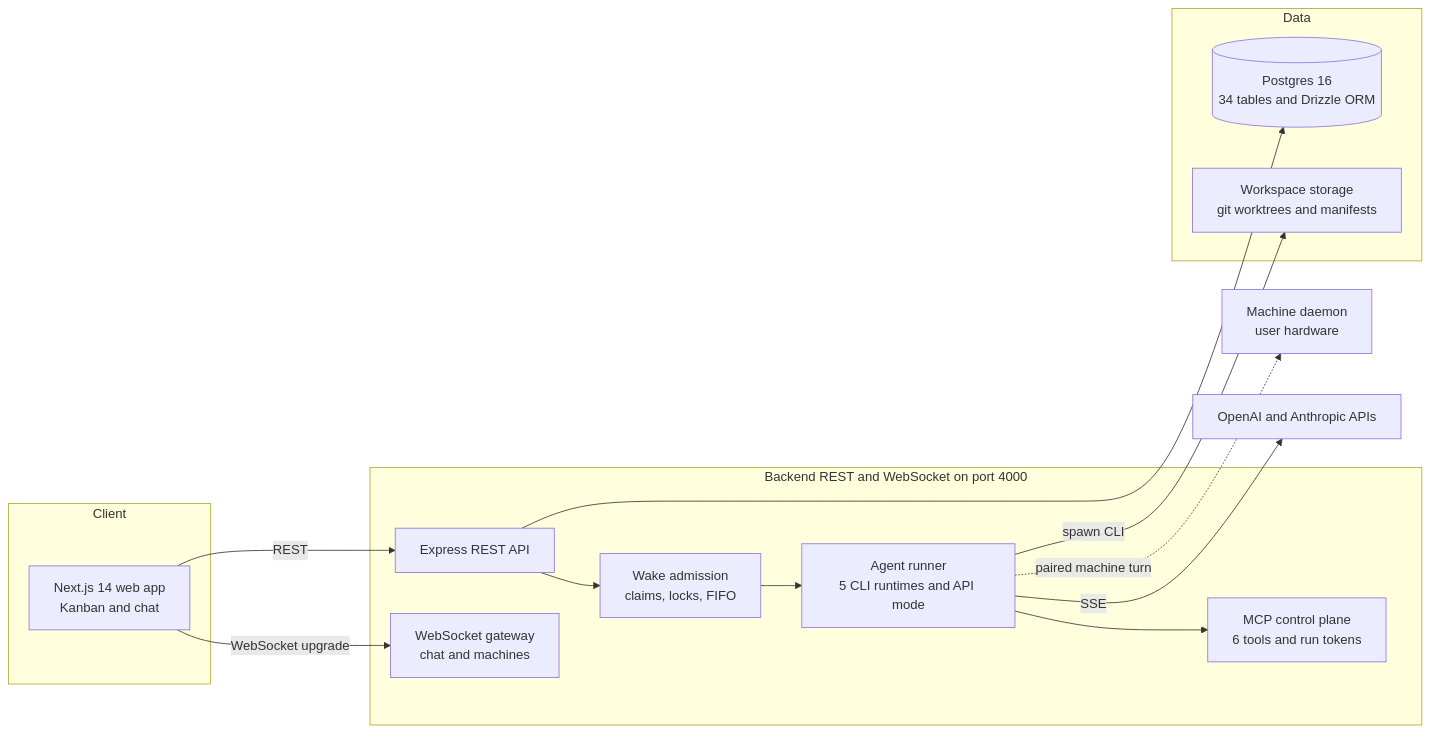
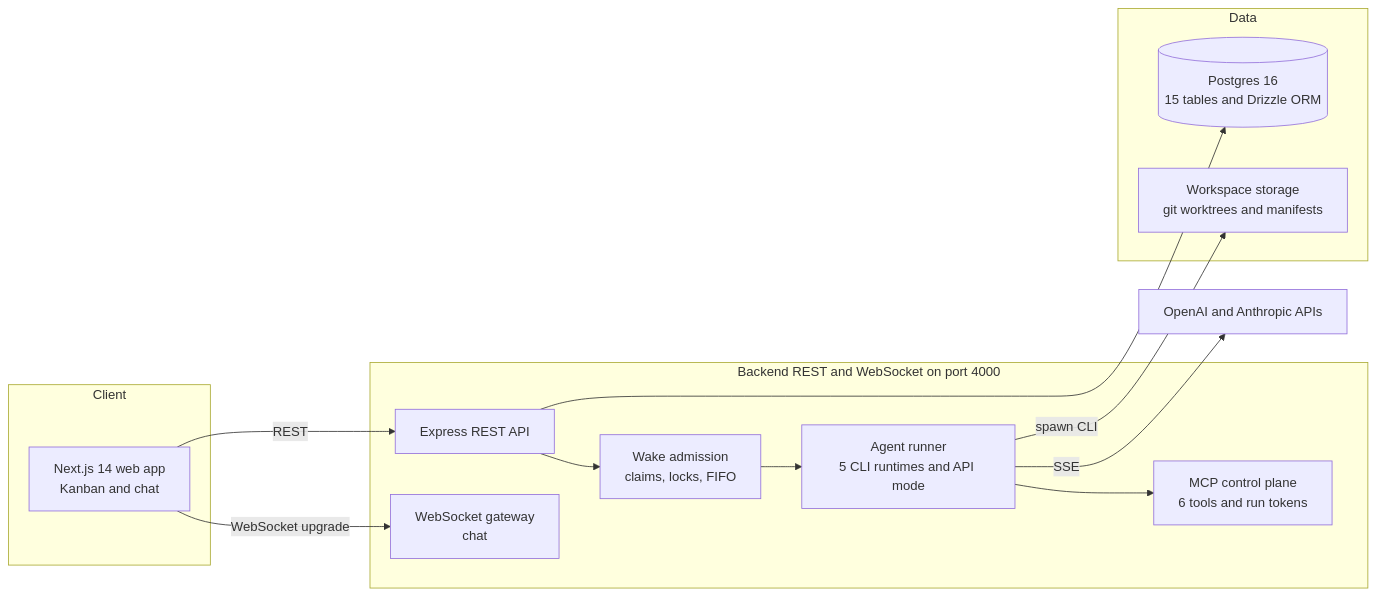
One commit to jeremychenczm/loxo changed the diagram in README.md. Above: the diagram before and after it, drawn with Mermaid. The commit also changed other lines of this file and 43 other files, not shown here.

First line of the commit message:
refactor: remove remote machine execution and the daemon

````diff
--- a/README.md
+++ b/README.md
@@ -74,28 +70,26 @@
 ```mermaid
 flowchart LR
     subgraph Client
         FE[Next.js 14 web app<br/>Kanban and chat]
     end
     subgraph Server[Backend REST and WebSocket on port 4000]
         API[Express REST API]
-        WS[WebSocket gateway<br/>chat and machines]
+        WS[WebSocket gateway<br/>chat]
         WAKE[Wake admission<br/>claims, locks, FIFO]
         MCP[MCP control plane<br/>6 tools and run tokens]
         RUNNER[Agent runner<br/>5 CLI runtimes and API mode]
     end
     subgraph Data
-        PG[(Postgres 16<br/>34 tables and Drizzle ORM)]
+        PG[(Postgres 16<br/>15 tables and Drizzle ORM)]
         FS[Workspace storage<br/>git worktrees and manifests]
     end
-    DAEMON[Machine daemon<br/>user hardware]
     LLM[OpenAI and Anthropic APIs]
 
     FE -->|REST| API
     FE -->|WebSocket upgrade| WS
     API --> WAKE --> RUNNER
     RUNNER --> MCP
     RUNNER -->|spawn CLI| FS
     RUNNER -->|SSE| LLM
     API --> PG
-    RUNNER -.->|paired machine turn| DAEMON
 ```
````
